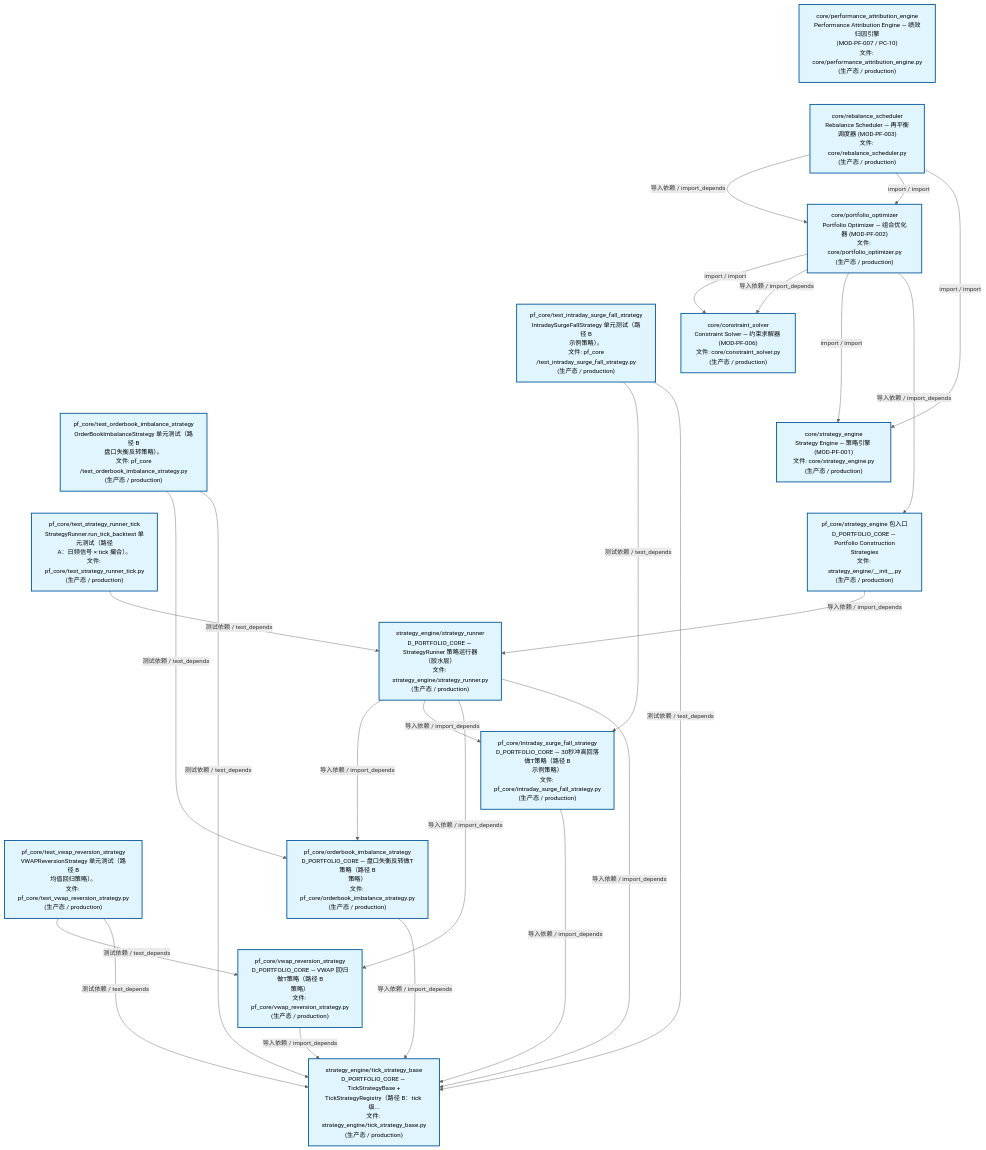
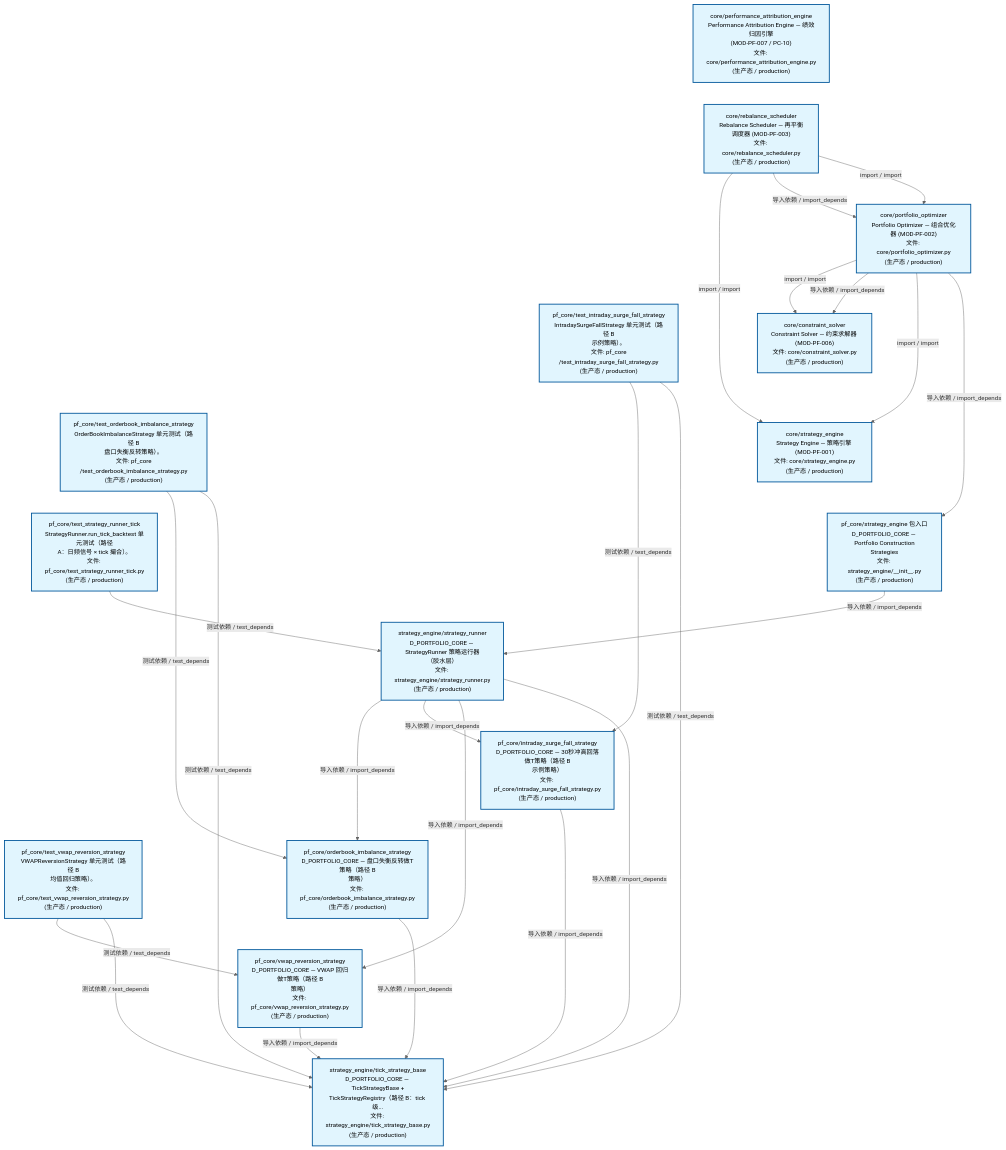
One commit to xuanFelixVan/ZephyrAlpha changed the second of 4 diagrams in docs/02_enterprise_architecture/02_domain_architecture_docs/63_d_pf_core.md. Above: the diagram before and after it, drawn with Mermaid. The commit also changed other lines of this file and 44 other files, not shown here.

````diff
--- a/docs/02_enterprise_architecture/02_domain_architecture_docs/63_d_pf_core.md
+++ b/docs/02_enterprise_architecture/02_domain_architecture_docs/63_d_pf_core.md
@@ -139,55 +139,55 @@
 ```mermaid
 %%{init: {'theme': 'base', 'themeVariables': {'primaryColor': '#eaeaea', 'primaryTextColor': '#333333', 'primaryBorderColor': '#666666', 'lineColor': '#666666', 'secondaryColor': '#eaeaea', 'tertiaryColor': '#eaeaea', 'fontSize': '14px'}}}%%
 flowchart TD
     src_zephyr_pf_core_core_performance_attribution_engine_py["core/performance_attribution_engine<br/>Performance Attribution Engine — 绩效归因引擎<br/>(MOD-PF-007 / PC-10)<br/>文件: core/performance_attribution_engine.py<br/>(生产态 / production)"]
     src_zephyr_pf_core_core_rebalance_scheduler_py["core/rebalance_scheduler<br/>Rebalance Scheduler — 再平衡调度器 (MOD-PF-003)<br/>文件: core/rebalance_scheduler.py<br/>(生产态 / production)"]
     tests_pf_core_test_intraday_surge_fall_strategy_py["pf_core/test_intraday_surge_fall_strategy<br/>IntradaySurgeFallStrategy 单元测试（路径 B<br/>示例策略）。<br/>文件: pf_core<br/>/test_intraday_surge_fall_strategy.py<br/>(生产态 / production)"]
     tests_pf_core_test_orderbook_imbalance_strategy_py["pf_core/test_orderbook_imbalance_strategy<br/>OrderBookImbalanceStrategy 单元测试（路径 B<br/>盘口失衡反转策略）。<br/>文件: pf_core<br/>/test_orderbook_imbalance_strategy.py<br/>(生产态 / production)"]
     tests_pf_core_test_strategy_runner_tick_py["pf_core/test_strategy_runner_tick<br/>StrategyRunner.run_tick_backtest 单元测试（路径<br/>A：日频信号 × tick 撮合）。<br/>文件: pf_core/test_strategy_runner_tick.py<br/>(生产态 / production)"]
     tests_pf_core_test_vwap_reversion_strategy_py["pf_core/test_vwap_reversion_strategy<br/>VWAPReversionStrategy 单元测试（路径 B<br/>均值回归策略）。<br/>文件: pf_core/test_vwap_reversion_strategy.py<br/>(生产态 / production)"]
     src_zephyr_pf_core_core_performance_attribution_engine_py ~~~ src_zephyr_pf_core_core_rebalance_scheduler_py
     src_zephyr_pf_core_core_rebalance_scheduler_py ~~~ tests_pf_core_test_intraday_surge_fall_strategy_py
     tests_pf_core_test_intraday_surge_fall_strategy_py ~~~ tests_pf_core_test_orderbook_imbalance_strategy_py
     tests_pf_core_test_orderbook_imbalance_strategy_py ~~~ tests_pf_core_test_strategy_runner_tick_py
     tests_pf_core_test_strategy_runner_tick_py ~~~ tests_pf_core_test_vwap_reversion_strategy_py
     src_zephyr_pf_core_core_portfolio_optimizer_py["core/portfolio_optimizer<br/>Portfolio Optimizer — 组合优化器 (MOD-PF-002)<br/>文件: core/portfolio_optimizer.py<br/>(生产态 / production)"]
     src_zephyr_pf_core_core_constraint_solver_py["core/constraint_solver<br/>Constraint Solver — 约束求解器 (MOD-PF-006)<br/>文件: core/constraint_solver.py<br/>(生产态 / production)"]
     src_zephyr_pf_core_core_strategy_engine_py["core/strategy_engine<br/>Strategy Engine — 策略引擎 (MOD-PF-001)<br/>文件: core/strategy_engine.py<br/>(生产态 / production)"]
     src_zephyr_pf_core_strategy_engine_init_py["pf_core/strategy_engine 包入口<br/>D_PORTFOLIO_CORE — Portfolio Construction<br/>Strategies<br/>文件: strategy_engine/__init__.py<br/>(生产态 / production)"]
     src_zephyr_pf_core_core_constraint_solver_py ~~~ src_zephyr_pf_core_core_strategy_engine_py
     src_zephyr_pf_core_core_strategy_engine_py ~~~ src_zephyr_pf_core_strategy_engine_init_py
     src_zephyr_pf_core_strategy_engine_strategy_runner_py["strategy_engine/strategy_runner<br/>D_PORTFOLIO_CORE — StrategyRunner 策略运行器<br/>（胶水层）<br/>文件: strategy_engine/strategy_runner.py<br/>(生产态 / production)"]
     src_zephyr_pf_core_intraday_surge_fall_strategy_py["pf_core/intraday_surge_fall_strategy<br/>D_PORTFOLIO_CORE — 30秒冲高回落做T策略（路径 B<br/>示例策略）<br/>文件: pf_core/intraday_surge_fall_strategy.py<br/>(生产态 / production)"]
     src_zephyr_pf_core_orderbook_imbalance_strategy_py["pf_core/orderbook_imbalance_strategy<br/>D_PORTFOLIO_CORE — 盘口失衡反转做T策略（路径 B<br/>策略）<br/>文件: pf_core/orderbook_imbalance_strategy.py<br/>(生产态 / production)"]
     src_zephyr_pf_core_vwap_reversion_strategy_py["pf_core/vwap_reversion_strategy<br/>D_PORTFOLIO_CORE — VWAP 回归做T策略（路径 B<br/>策略）<br/>文件: pf_core/vwap_reversion_strategy.py<br/>(生产态 / production)"]
     src_zephyr_pf_core_intraday_surge_fall_strategy_py ~~~ src_zephyr_pf_core_orderbook_imbalance_strategy_py
     src_zephyr_pf_core_orderbook_imbalance_strategy_py ~~~ src_zephyr_pf_core_vwap_reversion_strategy_py
     src_zephyr_pf_core_strategy_engine_tick_strategy_base_py["strategy_engine/tick_strategy_base<br/>D_PORTFOLIO_CORE — TickStrategyBase +<br/>TickStrategyRegistry（路径 B：tick 级...<br/>文件: strategy_engine/tick_strategy_base.py<br/>(生产态 / production)"]
     src_zephyr_pf_core_orderbook_imbalance_strategy_py -->|导入依赖 / import_depends| src_zephyr_pf_core_strategy_engine_tick_strategy_base_py
     src_zephyr_pf_core_intraday_surge_fall_strategy_py -->|导入依赖 / import_depends| src_zephyr_pf_core_strategy_engine_tick_strategy_base_py
     src_zephyr_pf_core_vwap_reversion_strategy_py -->|导入依赖 / import_depends| src_zephyr_pf_core_strategy_engine_tick_strategy_base_py
+    src_zephyr_pf_core_core_rebalance_scheduler_py -->|import / import| src_zephyr_pf_core_core_strategy_engine_py
     src_zephyr_pf_core_core_rebalance_scheduler_py -->|导入依赖 / import_depends| src_zephyr_pf_core_core_portfolio_optimizer_py
     src_zephyr_pf_core_core_rebalance_scheduler_py -->|import / import| src_zephyr_pf_core_core_portfolio_optimizer_py
-    src_zephyr_pf_core_core_rebalance_scheduler_py -->|import / import| src_zephyr_pf_core_core_strategy_engine_py
     src_zephyr_pf_core_core_portfolio_optimizer_py -->|import / import| src_zephyr_pf_core_core_constraint_solver_py
     src_zephyr_pf_core_core_portfolio_optimizer_py -->|导入依赖 / import_depends| src_zephyr_pf_core_core_constraint_solver_py
     src_zephyr_pf_core_core_portfolio_optimizer_py -->|import / import| src_zephyr_pf_core_core_strategy_engine_py
     src_zephyr_pf_core_core_portfolio_optimizer_py -->|导入依赖 / import_depends| src_zephyr_pf_core_strategy_engine_init_py
-    src_zephyr_pf_core_strategy_engine_init_py -->|导入依赖 / import_depends| src_zephyr_pf_core_strategy_engine_strategy_runner_py
     src_zephyr_pf_core_strategy_engine_strategy_runner_py -->|导入依赖 / import_depends| src_zephyr_pf_core_orderbook_imbalance_strategy_py
     src_zephyr_pf_core_strategy_engine_strategy_runner_py -->|导入依赖 / import_depends| src_zephyr_pf_core_intraday_surge_fall_strategy_py
     src_zephyr_pf_core_strategy_engine_strategy_runner_py -->|导入依赖 / import_depends| src_zephyr_pf_core_vwap_reversion_strategy_py
     src_zephyr_pf_core_strategy_engine_strategy_runner_py -->|导入依赖 / import_depends| src_zephyr_pf_core_strategy_engine_tick_strategy_base_py
+    src_zephyr_pf_core_strategy_engine_init_py -->|导入依赖 / import_depends| src_zephyr_pf_core_strategy_engine_strategy_runner_py
     tests_pf_core_test_intraday_surge_fall_strategy_py -->|测试依赖 / test_depends| src_zephyr_pf_core_intraday_surge_fall_strategy_py
     tests_pf_core_test_intraday_surge_fall_strategy_py -->|测试依赖 / test_depends| src_zephyr_pf_core_strategy_engine_tick_strategy_base_py
     tests_pf_core_test_orderbook_imbalance_strategy_py -->|测试依赖 / test_depends| src_zephyr_pf_core_orderbook_imbalance_strategy_py
     tests_pf_core_test_orderbook_imbalance_strategy_py -->|测试依赖 / test_depends| src_zephyr_pf_core_strategy_engine_tick_strategy_base_py
+    tests_pf_core_test_strategy_runner_tick_py -->|测试依赖 / test_depends| src_zephyr_pf_core_strategy_engine_strategy_runner_py
     tests_pf_core_test_vwap_reversion_strategy_py -->|测试依赖 / test_depends| src_zephyr_pf_core_vwap_reversion_strategy_py
     tests_pf_core_test_vwap_reversion_strategy_py -->|测试依赖 / test_depends| src_zephyr_pf_core_strategy_engine_tick_strategy_base_py
-    tests_pf_core_test_strategy_runner_tick_py -->|测试依赖 / test_depends| src_zephyr_pf_core_strategy_engine_strategy_runner_py
     classDef production fill:#e1f5fe,stroke:#01579b,stroke-width:2px,color:#000
     classDef design fill:#fff3e0,stroke:#e65100,stroke-width:2px,color:#000,stroke-dasharray: 5 5
     classDef external_prod fill:#e8f4fd,stroke:#0277bd,stroke-width:1px,color:#000
     classDef external_design fill:#fff8e7,stroke:#ef6c00,stroke-width:1px,color:#000,stroke-dasharray: 5 5
     class src_zephyr_pf_core_core_constraint_solver_py,src_zephyr_pf_core_core_performance_attribution_engine_py,src_zephyr_pf_core_core_portfolio_optimizer_py,src_zephyr_pf_core_core_rebalance_scheduler_py,src_zephyr_pf_core_core_strategy_engine_py,src_zephyr_pf_core_intraday_surge_fall_strategy_py,src_zephyr_pf_core_orderbook_imbalance_strategy_py,src_zephyr_pf_core_strategy_engine_init_py,src_zephyr_pf_core_strategy_engine_strategy_runner_py,src_zephyr_pf_core_strategy_engine_tick_strategy_base_py,src_zephyr_pf_core_vwap_reversion_strategy_py,tests_pf_core_test_intraday_surge_fall_strategy_py,tests_pf_core_test_orderbook_imbalance_strategy_py,tests_pf_core_test_strategy_runner_tick_py,tests_pf_core_test_vwap_reversion_strategy_py production
 ```
````
